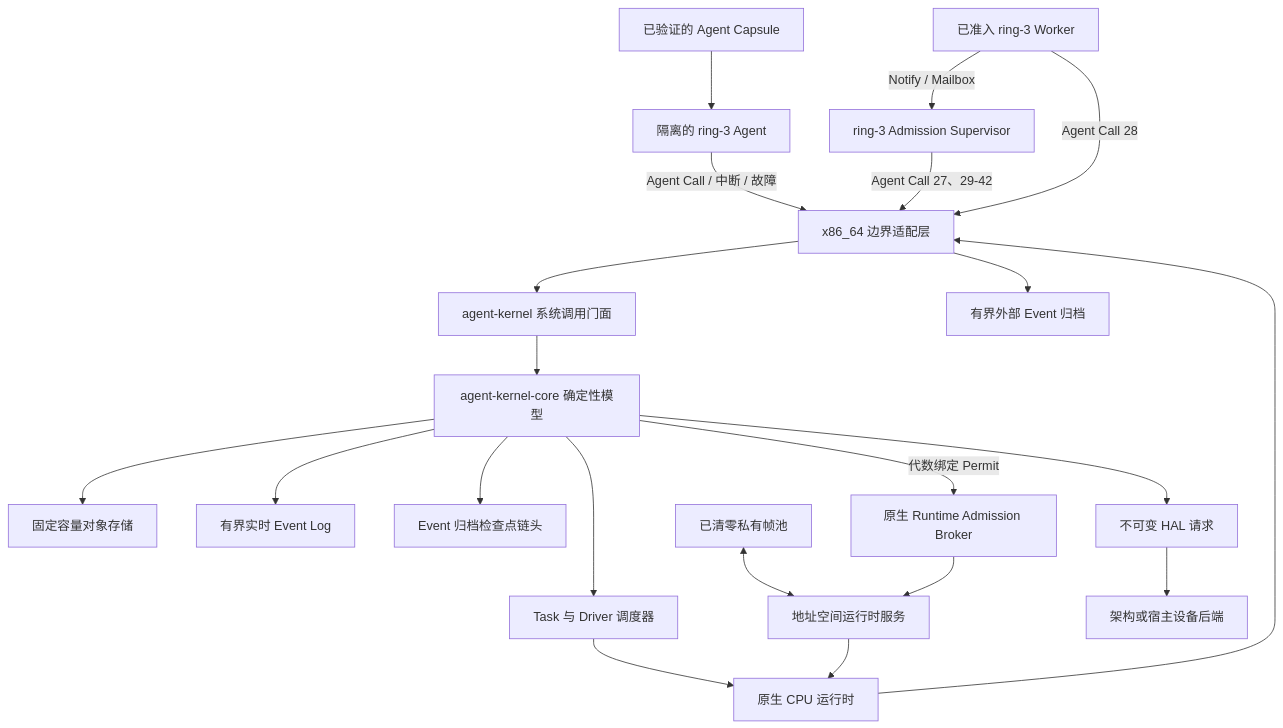
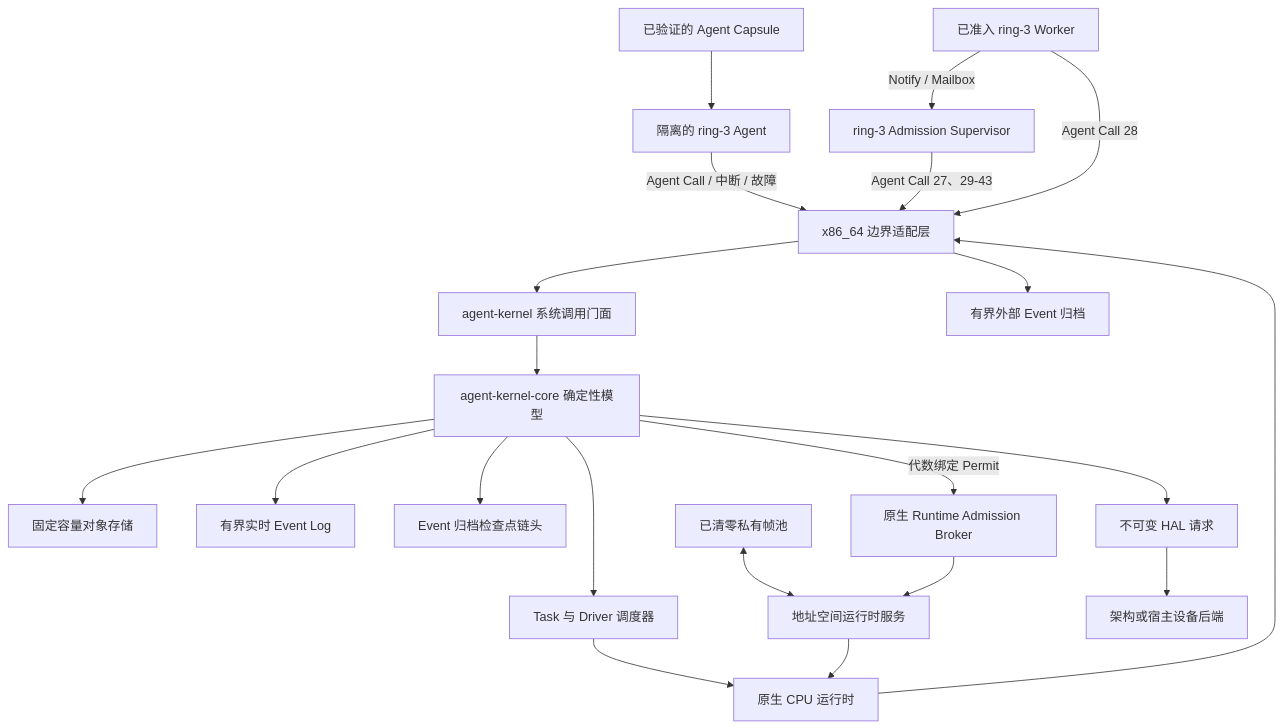
Before and after one commit to Evan-master/agent-kernel: the diagram in README.zh-CN.md, drawn with Mermaid. The commit also changed other lines of this file and 56 other files, not shown here.

````diff
--- a/README.zh-CN.md
+++ b/README.zh-CN.md
@@ -255,23 +263,23 @@
 ```mermaid
 flowchart TB
     Capsule["已验证的 Agent Capsule"] --> Ring3["隔离的 ring-3 Agent"]
     Ring3 -->|"Agent Call / 中断 / 故障"| X86["x86_64 边界适配层"]
     X86 --> Facade["agent-kernel 系统调用门面"]
     Facade --> Core["agent-kernel-core 确定性模型"]
     Core --> Stores["固定容量对象存储"]
     Core --> Events["有界实时 Event Log"]
     Core --> ArchiveHead["Event 归档检查点链头"]
     Core --> Scheduler["Task 与 Driver 调度器"]
     Scheduler --> Runtime["原生 CPU 运行时"]
     Runtime --> X86
     FramePool["已清零私有帧池"] <--> AddressService["地址空间运行时服务"]
     Broker["原生 Runtime Admission Broker"] --> AddressService
     Core -->|"代数绑定 Permit"| Broker
     AddressService --> Runtime
     X86 --> Archive["有界外部 Event 归档"]
     Core --> HAL["不可变 HAL 请求"]
     HAL --> Device["架构或宿主设备后端"]
-    Supervisor["ring-3 Admission Supervisor"] -->|"Agent Call 27、29-42"| X86
+    Supervisor["ring-3 Admission Supervisor"] -->|"Agent Call 27、29-43"| X86
     Workers["已准入 ring-3 Worker"] -->|"Agent Call 28"| X86
     Workers -->|"Notify / Mailbox"| Supervisor
 ```
````
